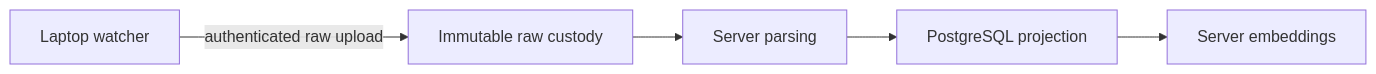
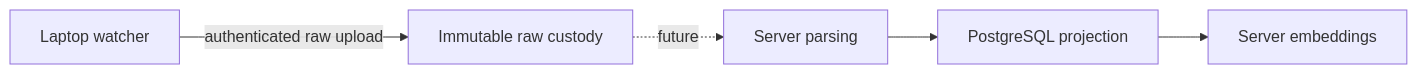
One commit to HinchK/agentsview changed the diagram in docs/hosted-raw-sync.md. Above: the diagram before and after it, drawn with Mermaid. The commit also changed other lines of this file and 22 other files, not shown here.

````diff
--- a/docs/hosted-raw-sync.md
+++ b/docs/hosted-raw-sync.md
@@ -11,7 +11,7 @@
 ```mermaid
 flowchart LR
     Watcher["Laptop watcher"] -->|"authenticated raw upload"| Custody["Immutable raw custody"]
-    Custody --> Parser["Server parsing"]
+    Custody -. "future" .-> Parser["Server parsing"]
     Parser --> PostgreSQL["PostgreSQL projection"]
     PostgreSQL --> Embeddings["Server embeddings"]
 ```
````
